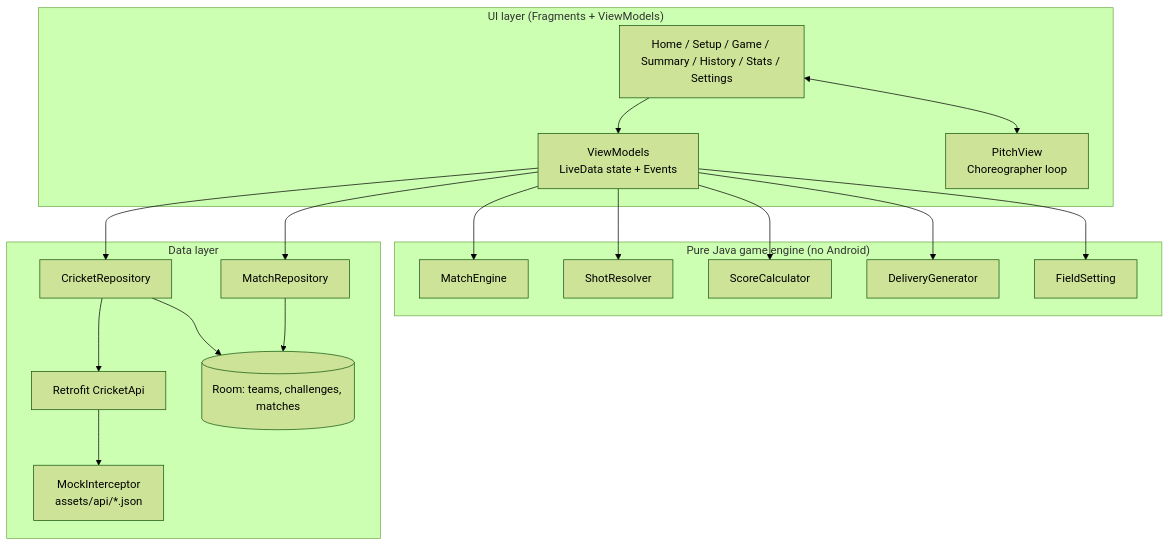
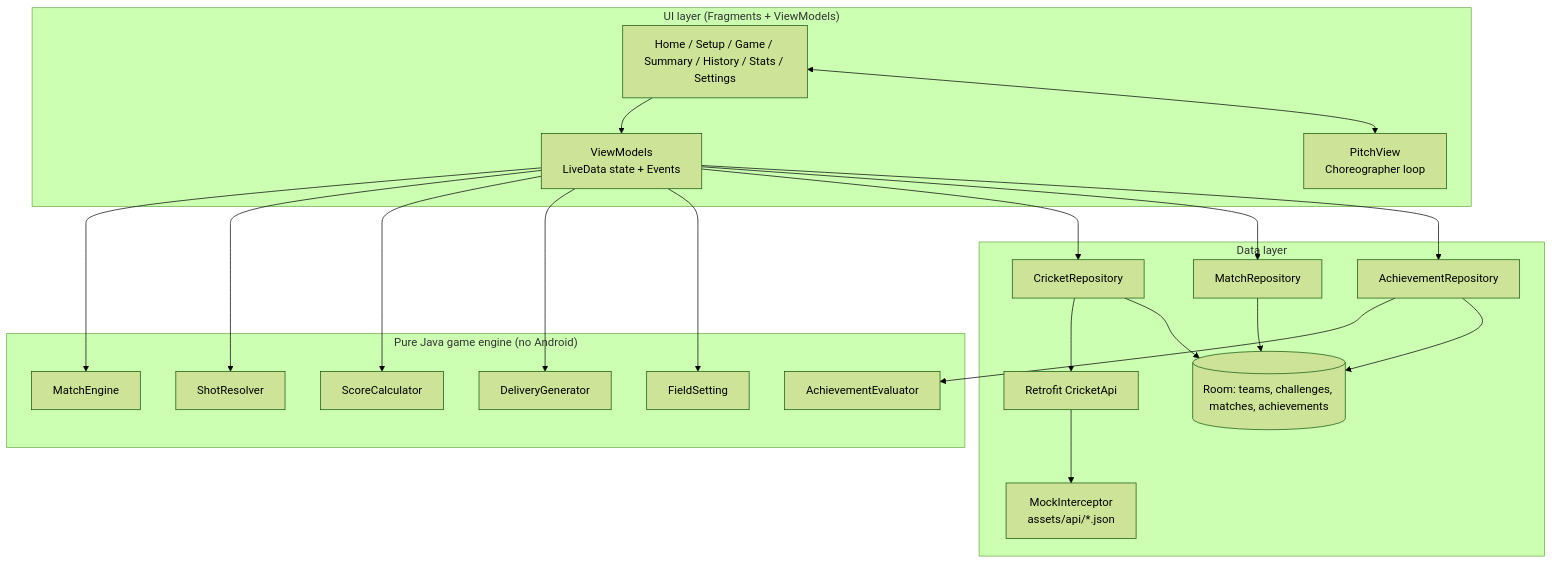
The diagram in README.md (iEswar23/StrikeZoneCricket), drawn with Mermaid (forest theme) before and after one commit. The commit also changed other lines of this file and 65 other files, not shown here.

````diff
--- a/README.md
+++ b/README.md
@@ -60,29 +61,33 @@
 ```mermaid
 flowchart TD
     subgraph UI["UI layer (Fragments + ViewModels)"]
         F[Home / Setup / Game / Summary / History / Stats / Settings]
         VM[ViewModels<br/>LiveData state + Events]
         PV[PitchView<br/>Choreographer loop]
     end
     subgraph Domain["Pure Java game engine (no Android)"]
         ME[MatchEngine]
         SR[ShotResolver]
         SC[ScoreCalculator]
         DG[DeliveryGenerator]
         FS[FieldSetting]
+        AE[AchievementEvaluator]
     end
     subgraph Data["Data layer"]
         CR[CricketRepository]
         MR[MatchRepository]
+        AR[AchievementRepository]
         API[Retrofit CricketApi]
         MI[MockInterceptor<br/>assets/api/*.json]
-        DB[(Room: teams, challenges, matches)]
+        DB[(Room: teams, challenges, matches, achievements)]
     end
     F --> VM
     F <--> PV
     VM --> ME & SR & SC & DG & FS
-    VM --> CR & MR
+    VM --> CR & MR & AR
     CR --> API --> MI
     CR --> DB
     MR --> DB
+    AR --> AE
+    AR --> DB
 ```
````
